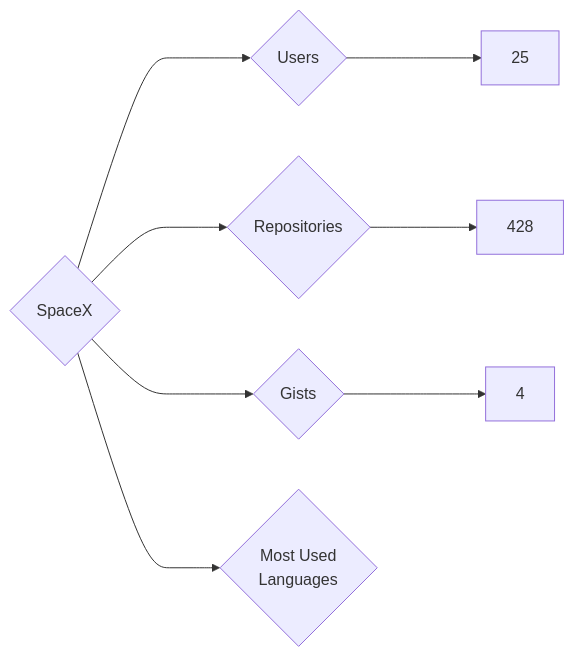
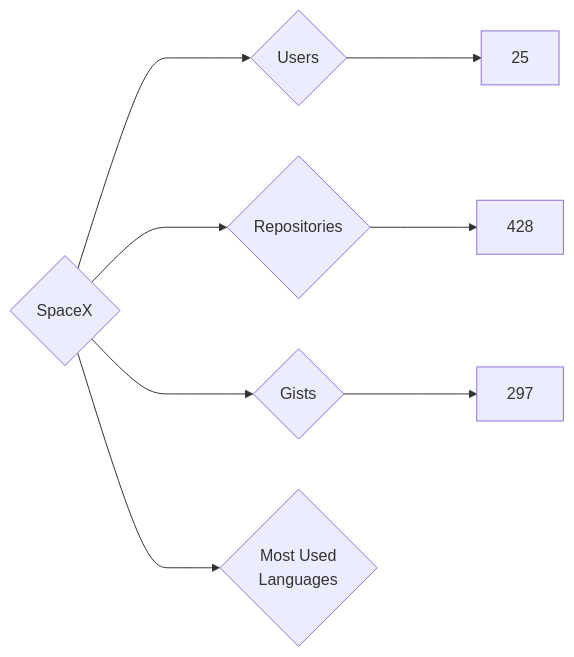
The diagram in targets/SpaceX/README.md (nenadzaric/insiders), drawn with Mermaid before and after one commit. The commit also changed 1342 other files, not shown here.

````diff
--- a/targets/SpaceX/README.md
+++ b/targets/SpaceX/README.md
@@ -3,8 +3,8 @@
 ```mermaid
 graph LR
 COMPANY_NAME{SpaceX}
 COMPANY_NAME ---> U{Users} ---> UN[25]
 COMPANY_NAME ---> R{Repositories} ---> RN[428]
-COMPANY_NAME ---> G{Gists} ---> GN[4]
+COMPANY_NAME ---> G{Gists} ---> GN[297]
 COMPANY_NAME ---> ML{Most Used<br>Languages}
 ```
````
